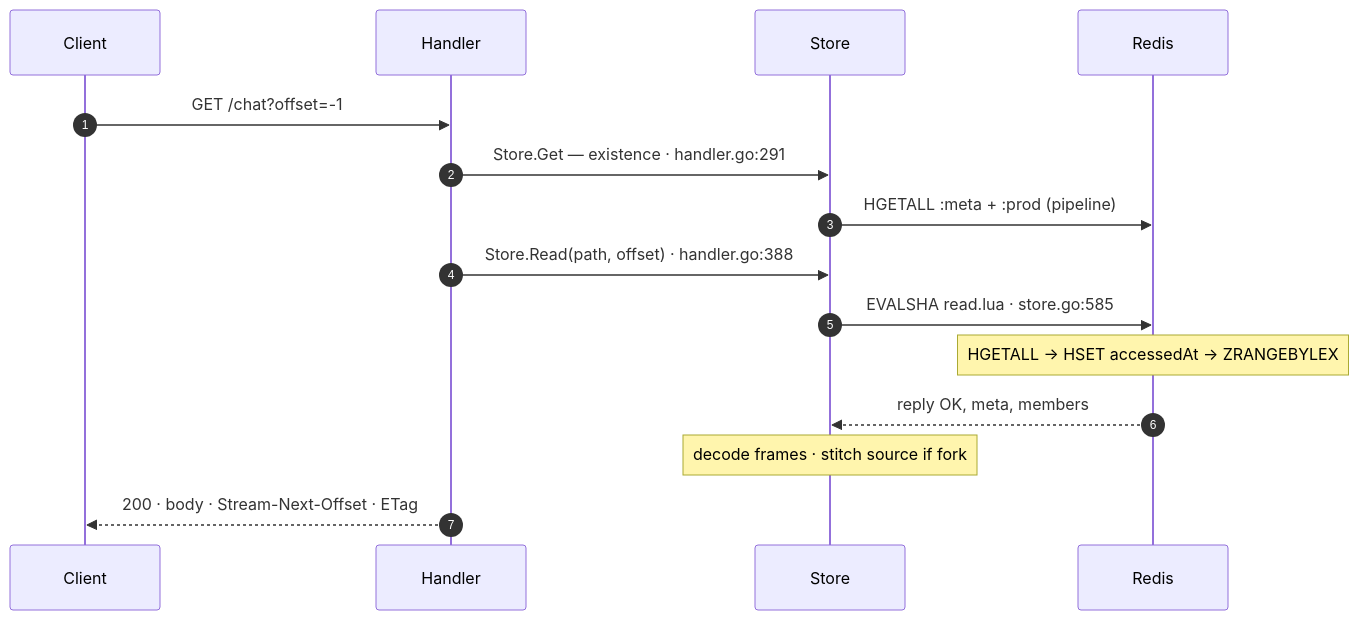
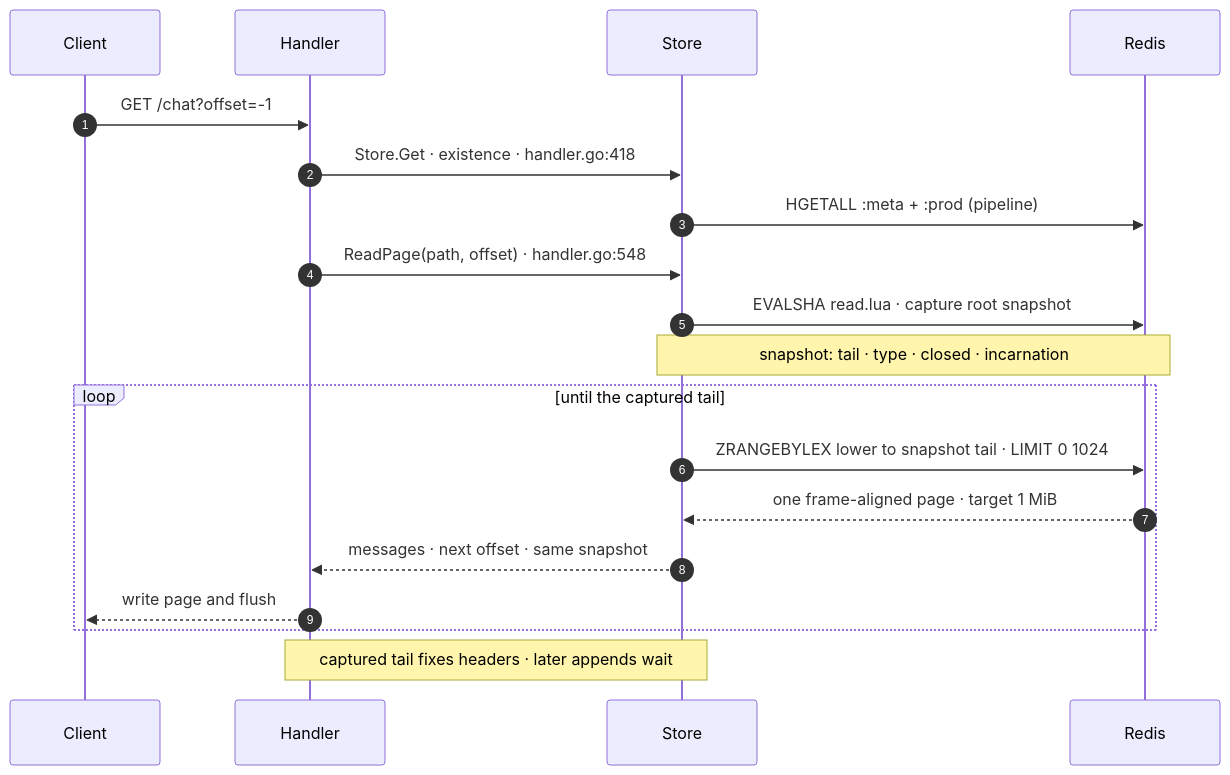
One commit to adityavkk/chronicle changed the diagram in docs-site/diagrams/seq-read.mmd. Above: the diagram before and after it, drawn with Mermaid. The commit also changed 85 other files, not shown here.

Commit message:
perf(read): bound and stream catch-up pages

```diff
--- a/docs-site/diagrams/seq-read.mmd
+++ b/docs-site/diagrams/seq-read.mmd
@@ -1,15 +1,19 @@
 sequenceDiagram
     autonumber
     participant C as Client
     participant H as Handler
     participant S as Store
     participant R as Redis
     C->>H: GET /chat?offset=-1
-    H->>S: Store.Get — existence · handler.go:291
+    H->>S: Store.Get · existence · handler.go:418
     S->>R: HGETALL :meta + :prod (pipeline)
-    H->>S: Store.Read(path, offset) · handler.go:388
-    S->>R: EVALSHA read.lua · store.go:585
-    Note over R: HGETALL → HSET accessedAt → ZRANGEBYLEX
-    R-->>S: reply OK, meta, members
-    Note over S: decode frames · stitch source if fork
-    H-->>C: 200 · body · Stream-Next-Offset · ETag
+    H->>S: ReadPage(path, offset) · handler.go:548
+    S->>R: EVALSHA read.lua · capture root snapshot
+    Note over S,R: snapshot: tail · type · closed · incarnation
+    loop until the captured tail
+        S->>R: ZRANGEBYLEX lower to snapshot tail · LIMIT 0 1024
+        R-->>S: one frame-aligned page · target 1 MiB
+        S-->>H: messages · next offset · same snapshot
+        H-->>C: write page and flush
+    end
+    Note over H,S: captured tail fixes headers · later appends wait
```
